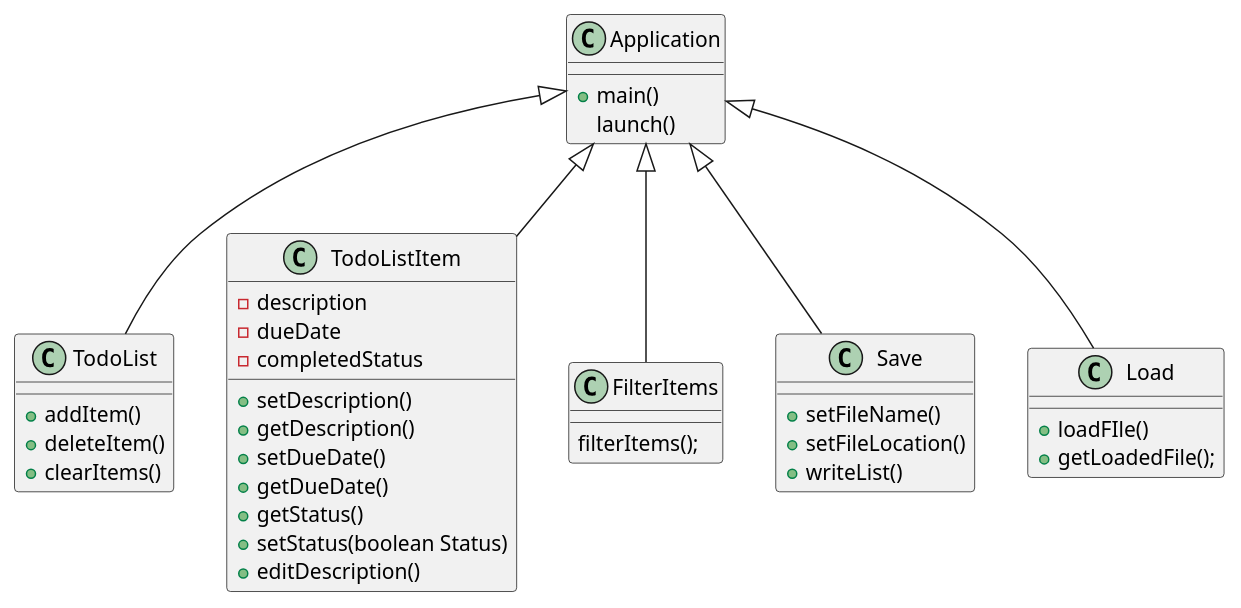
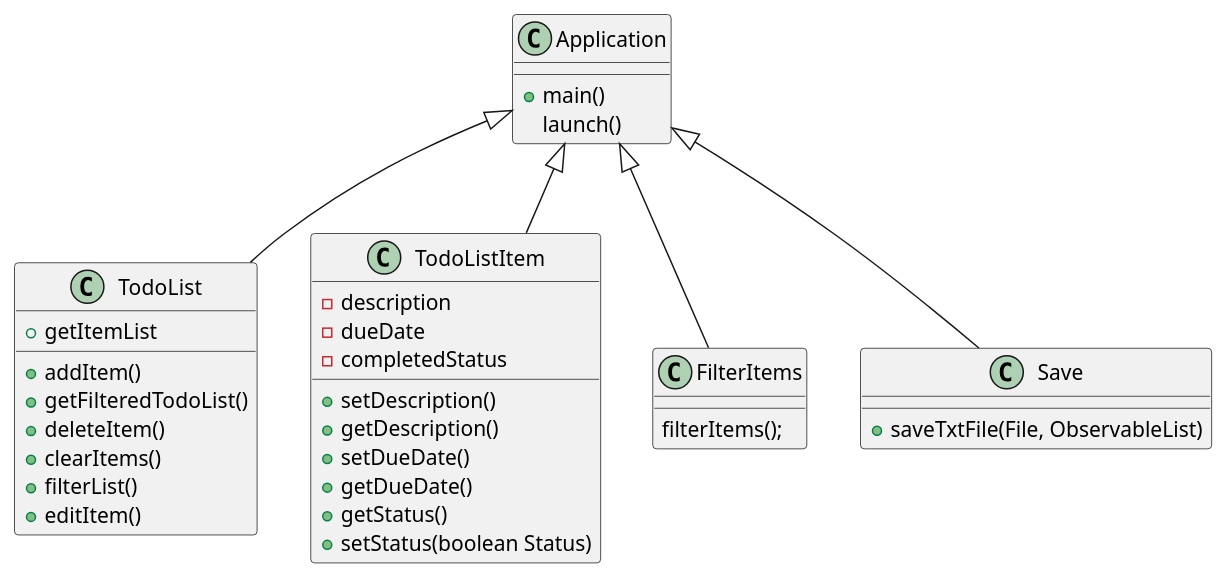
One commit to faziok/fazio-app1-impl changed the diagram in docs/TodoListApplication.puml. Above: the diagram before and after it, drawn with PlantUML. The commit also changed 8 other files, not shown here.

Commit message:
completed logic for update, edit, save, and load buttons

```diff
--- a/docs/TodoListApplication.puml
+++ b/docs/TodoListApplication.puml
@@ -1,47 +1,42 @@
 @startuml
 class Application{
     +main()
         launch()
 }
 
 class TodoList{
     +addItem()
+    +getFilteredTodoList()
+    +getItemList
     +deleteItem()
     +clearItems()
+    +filterList()
+    +editItem()
 }
 
 class TodoListItem{
     -description
     -dueDate
     -completedStatus
     +setDescription()
     +getDescription()
     +setDueDate()
     +getDueDate()
     +getStatus()
     +setStatus(boolean Status)
-    +editDescription()
 }
 
 class FilterItems{
     filterItems();
 }
 
 class Save{
-    +setFileName()
-    +setFileLocation()
-    +writeList()
+    +saveTxtFile(File, ObservableList)
 }
 
-class Load{
-    +loadFIle()
-    +getLoadedFile();
-}
-
-Application <|-- Load
 Application <|-- TodoListItem
 Application <|-- TodoList
 Application <|-- FilterItems
 Application <|-- Save
 
 @enduml
```
